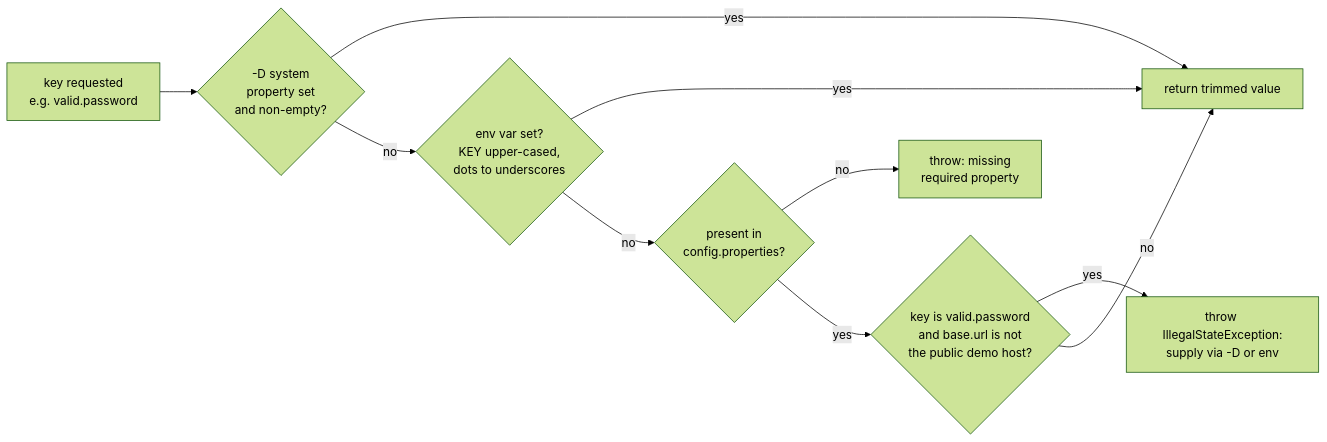
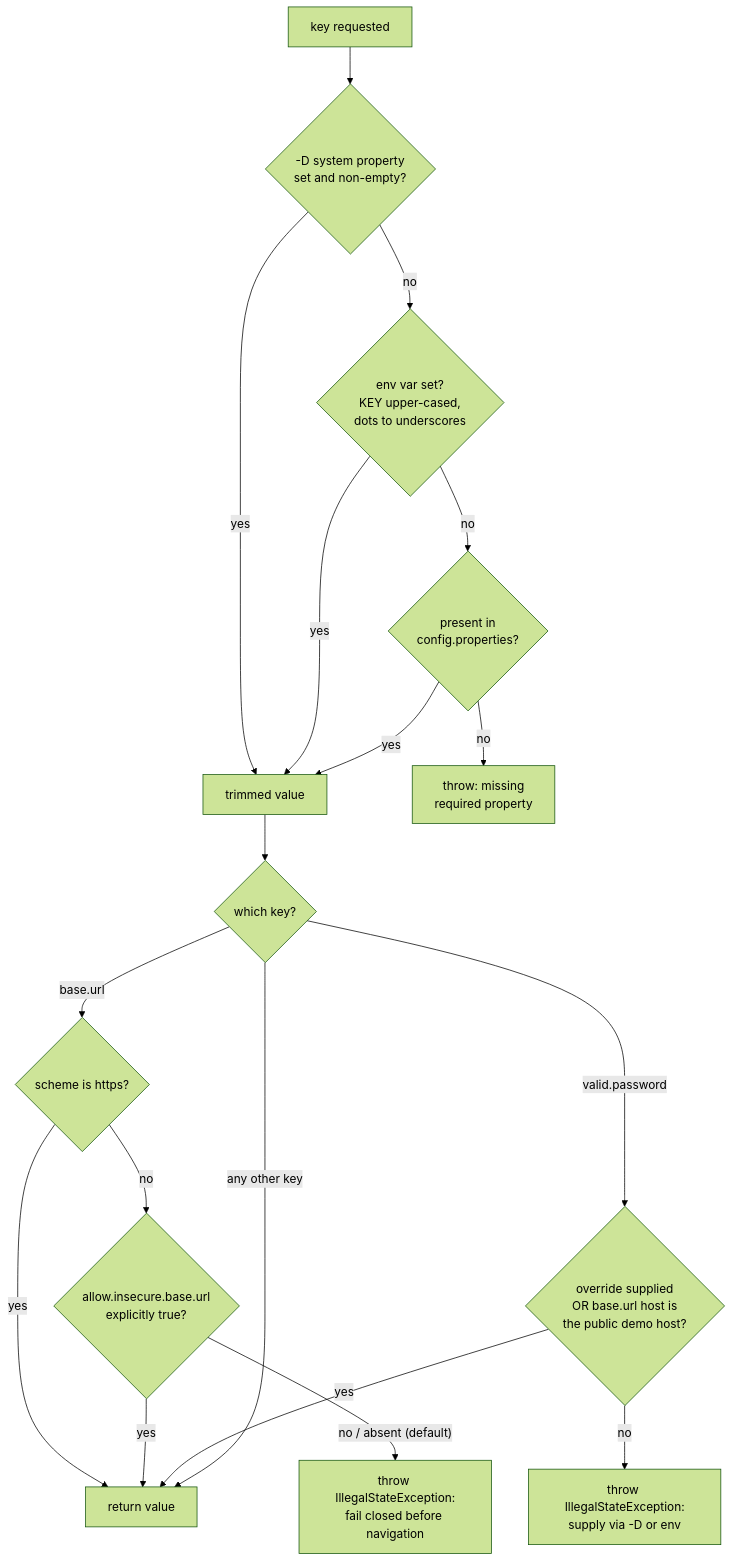
The third of 3 diagrams in artifacts/architecture.md (guptarame/orangehrm-selenium-cucumber-framework), drawn with Mermaid (forest theme) before and after one commit. The commit also changed other lines of this file, not shown here.

First line of the commit message:
docs: define architecture for US-AUTH-002 login authentication

````diff
--- a/artifacts/architecture.md
+++ b/artifacts/architecture.md
@@ -225,12 +241,21 @@
 ```mermaid
-flowchart LR
-    K["key requested<br/>e.g. valid.password"] --> SP{"-D system<br/>property set<br/>and non-empty?"}
-    SP -- yes --> V["return trimmed value"]
+flowchart TD
+    K["key requested"] --> SP{"-D system property<br/>set and non-empty?"}
+    SP -- yes --> V["trimmed value"]
     SP -- no --> EV{"env var set?<br/>KEY upper-cased,<br/>dots to underscores"}
     EV -- yes --> V
     EV -- no --> PF{"present in<br/>config.properties?"}
     PF -- no --> ERR["throw: missing<br/>required property"]
-    PF -- yes --> GUARD{"key is valid.password<br/>and base.url is not<br/>the public demo host?"}
-    GUARD -- yes --> BLOCK["throw IllegalStateException:<br/>supply via -D or env"]
-    GUARD -- no --> V
+    PF -- yes --> V
+
+    V --> W{"which key?"}
+    W -- "base.url" --> S{"scheme is https?"}
+    S -- yes --> OK["return value"]
+    S -- no --> OPT{"allow.insecure.base.url<br/>explicitly true?"}
+    OPT -- yes --> OK
+    OPT -- "no / absent (default)" --> B1["throw IllegalStateException:<br/>fail closed before navigation"]
+    W -- "valid.password" --> G{"override supplied<br/>OR base.url host is<br/>the public demo host?"}
+    G -- yes --> OK
+    G -- no --> B2["throw IllegalStateException:<br/>supply via -D or env"]
+    W -- "any other key" --> OK
 ```
````
